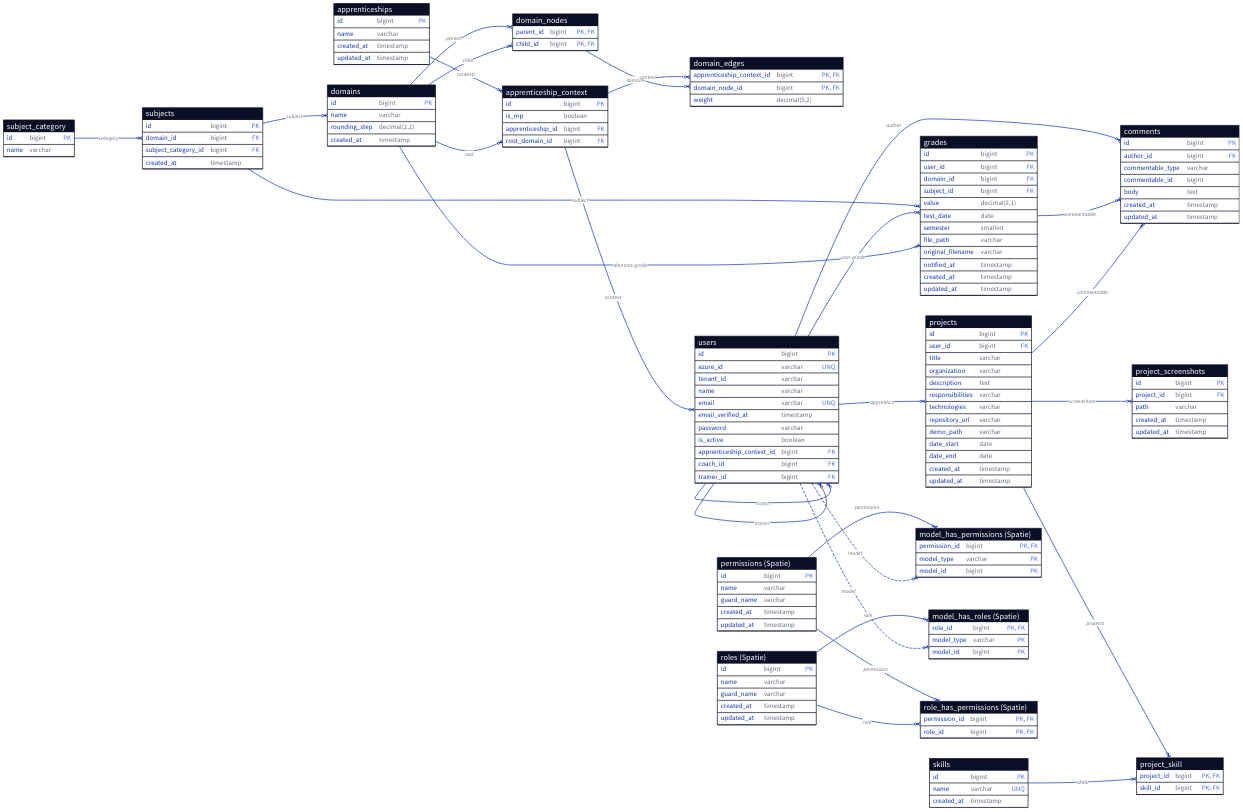
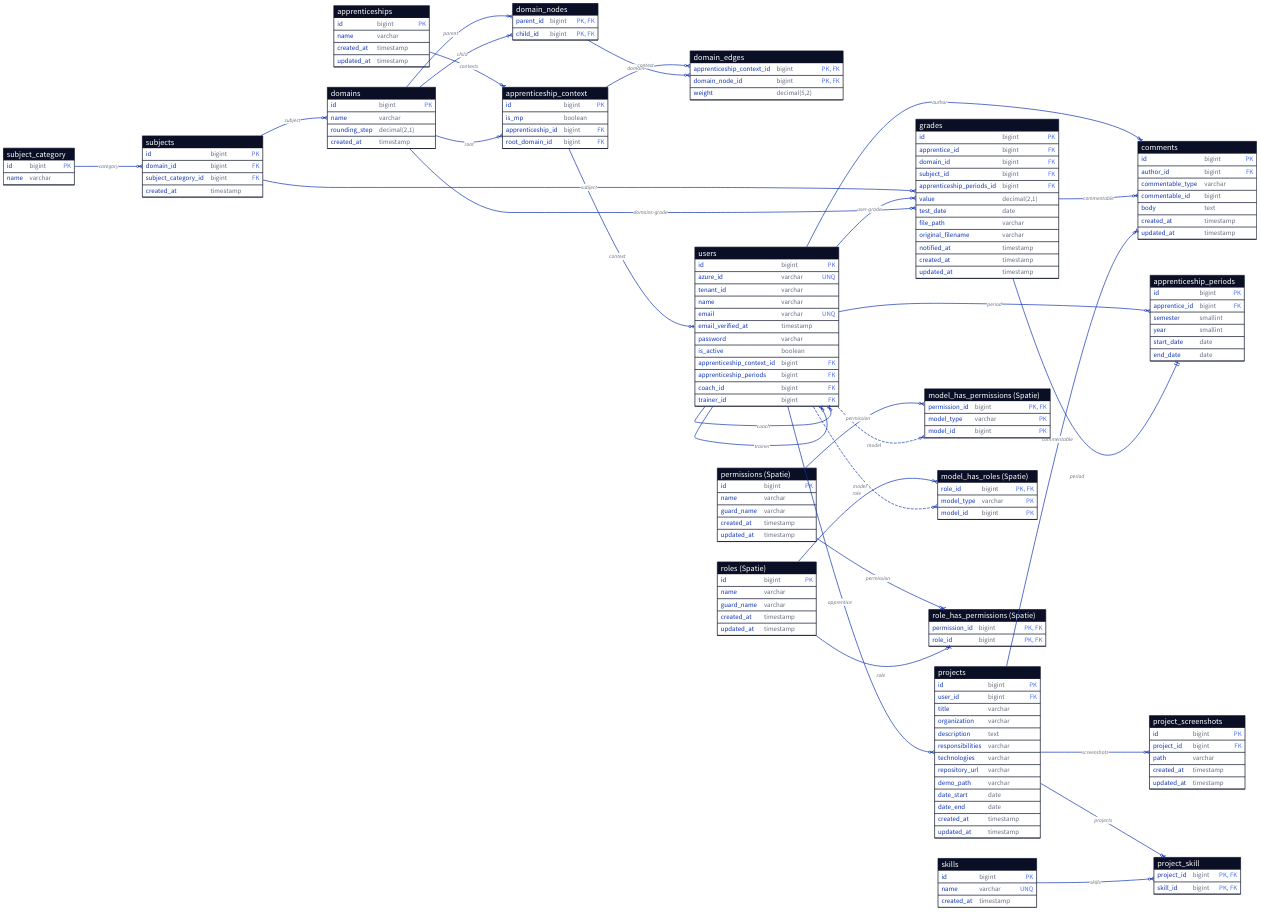
Before and after one commit to jobtrek/apprentice-cursus: the diagram in docs/db/schemas/mcd_current.d2, drawn with D2.

Commit message:
docs: add apprenticeship period to manage repeated years and grades periods

```diff
--- a/docs/db/schemas/mcd_current.d2
+++ b/docs/db/schemas/mcd_current.d2
@@ -51,6 +51,16 @@
   root_domain_id: bigint {constraint: foreign_key}
 }
 
+apprenticeship_periods: {
+  shape: sql_table
+  id: bigint {constraint: primary_key}
+  apprentice_id: bigint {constraint: foreign_key} # Reference user
+  semester: smallint # check
+  year: smallint # generated
+  start_date: date
+  end_date: date
+}
+
 users: {
   shape: sql_table
   id: bigint {constraint: primary_key}
@@ -62,6 +72,7 @@
   password: varchar
   is_active: boolean
   apprenticeship_context_id: bigint {constraint: foreign_key}
+  apprenticeship_periods: bigint {constraint: foreign_key}
   coach_id: bigint {constraint: foreign_key}
   trainer_id: bigint {constraint: foreign_key}
 }
@@ -69,12 +80,12 @@
 grades: {
   shape: sql_table
   id: bigint {constraint: primary_key}
-  user_id: bigint {constraint: foreign_key}
+  apprentice_id: bigint {constraint: foreign_key} # Reference users
   domain_id: bigint {constraint: foreign_key}
   subject_id: bigint {constraint: foreign_key}
+  apprenticeship_periods_id: bigint { constraint: foreign_key }
   value: "decimal(2,1)"
   test_date: date
-  semester: smallint
   file_path: varchar
   original_filename: varchar
   notified_at: timestamp
@@ -270,6 +281,16 @@
   target-arrowhead: {shape: cf-many}
 }
 
+users -> apprenticeship_periods: period {
+  source-arrowhead: {shape: cf-one-required}
+  target-arrowhead: {shape: cf-many}
+}
+
+grades -> apprenticeship_periods: period {
+  source-arrowhead: {shape: cf-many}
+  target-arrowhead: {shape: cf-one-required}
+}
+
 users -> grades: user-grade {
   source-arrowhead: {shape: cf-one-required}
   target-arrowhead: {shape: cf-many}
```
